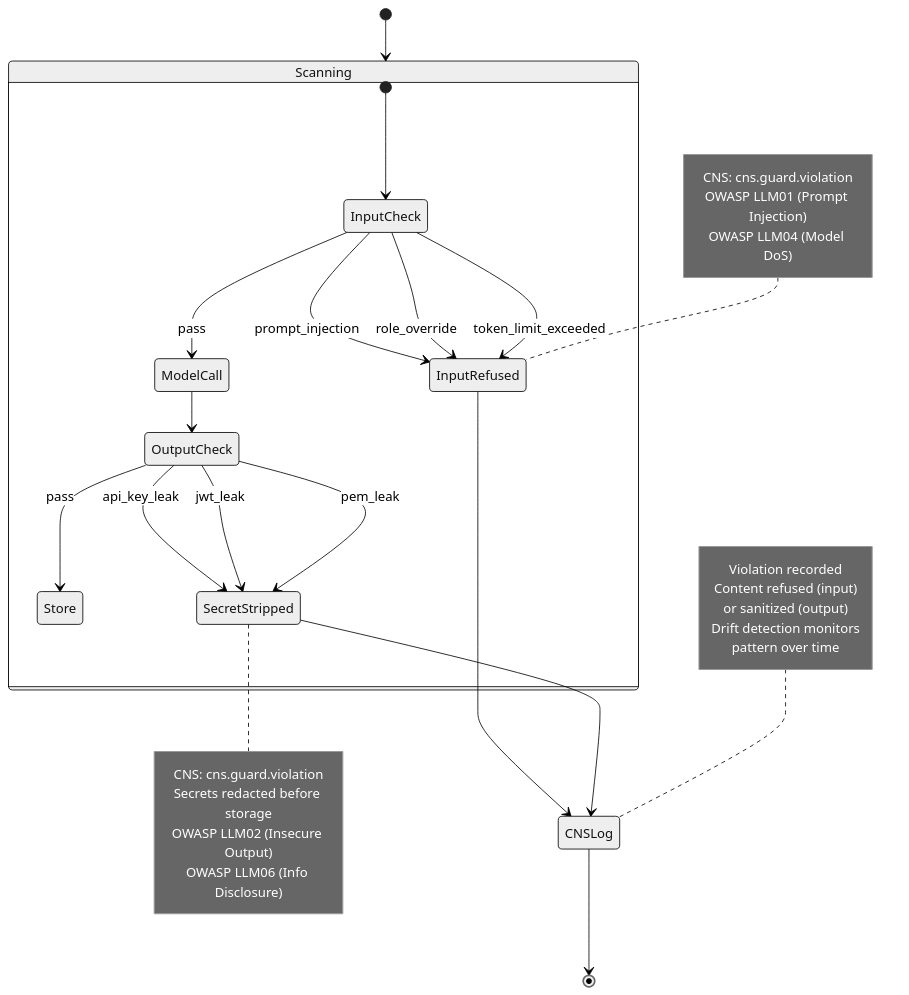
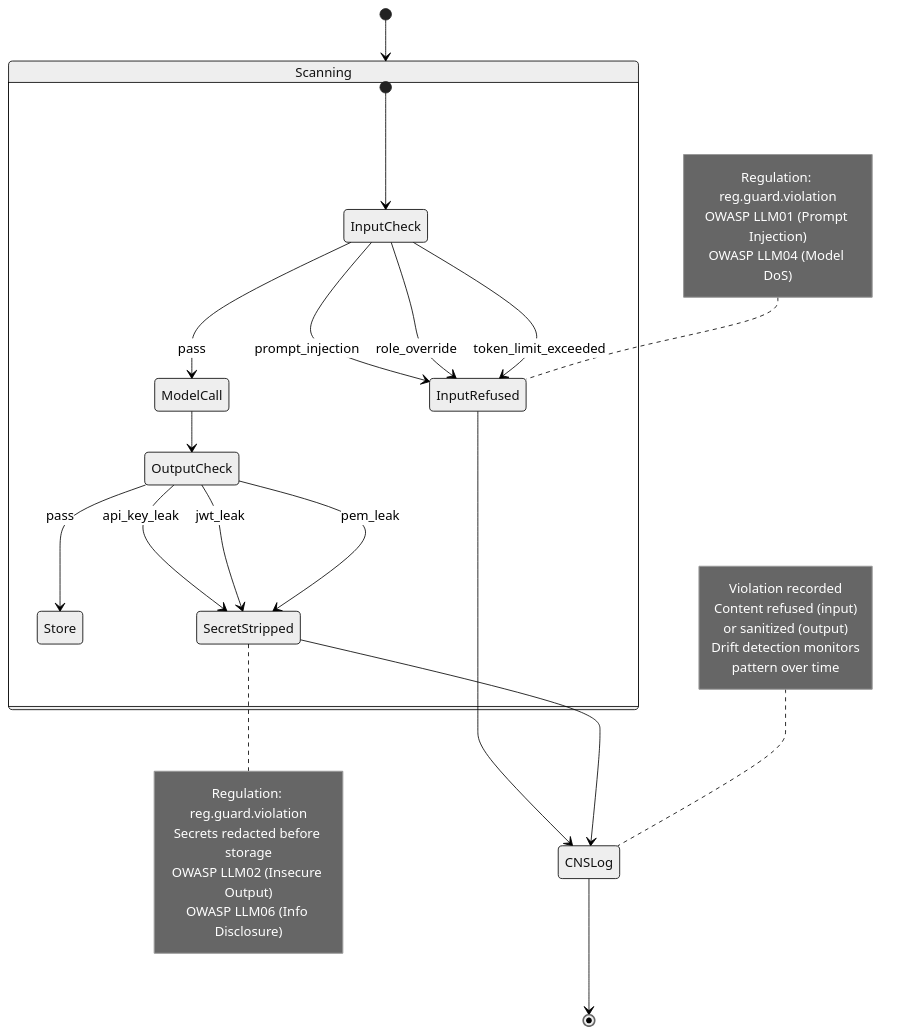
One commit to mdz-axo/hKask changed the fifth of 6 diagrams in docs/explanation/sovereignty-and-ocap.md. Above: the diagram before and after it, drawn with Mermaid (neutral theme). The commit also changed other lines of this file and 68 other files, not shown here.

First line of the commit message:
Rename CNS to Regulation across docs

````diff
--- a/docs/explanation/sovereignty-and-ocap.md
+++ b/docs/explanation/sovereignty-and-ocap.md
@@ -477,44 +477,44 @@
 ```mermaid
 stateDiagram-v2
     [*] --> Scanning
 
     state Scanning {
         [*] --> InputCheck
         InputCheck --> ModelCall : pass
         InputCheck --> InputRefused : prompt_injection
         InputCheck --> InputRefused : role_override
         InputCheck --> InputRefused : token_limit_exceeded
 
         ModelCall --> OutputCheck
         OutputCheck --> Store : pass
         OutputCheck --> SecretStripped : api_key_leak
         OutputCheck --> SecretStripped : jwt_leak
         OutputCheck --> SecretStripped : pem_leak
     }
 
     InputRefused --> CNSLog
     SecretStripped --> CNSLog
 
     CNSLog --> [*]
 
     note left of InputRefused
-        CNS: cns.guard.violation
+        Regulation: reg.guard.violation
         OWASP LLM01 (Prompt Injection)
         OWASP LLM04 (Model DoS)
     end note
 
     note right of SecretStripped
-        CNS: cns.guard.violation
+        Regulation: reg.guard.violation
         Secrets redacted before storage
         OWASP LLM02 (Insecure Output)
         OWASP LLM06 (Info Disclosure)
     end note
 
     note left of CNSLog
         Violation recorded
         Content refused (input)
         or sanitized (output)
         Drift detection monitors
         pattern over time
     end note
 ```
````
